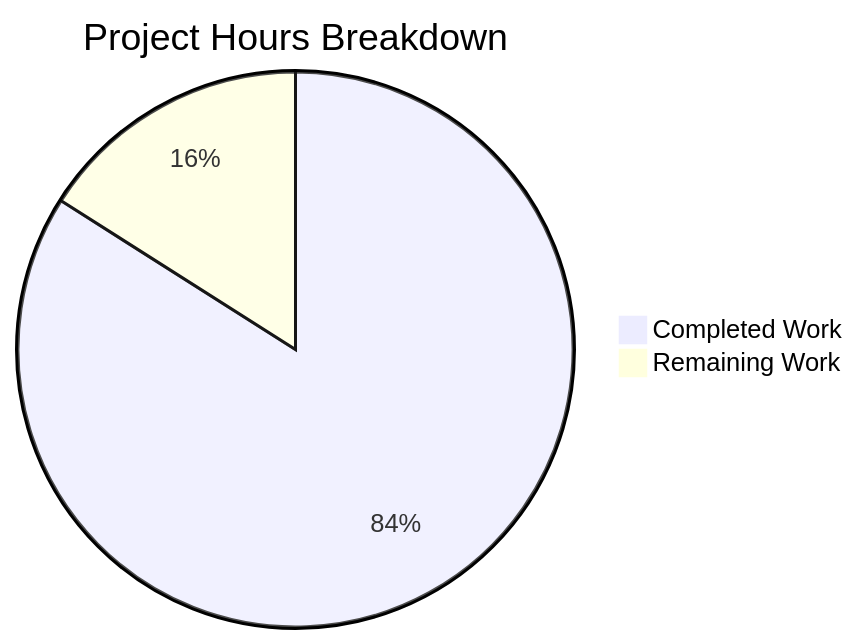
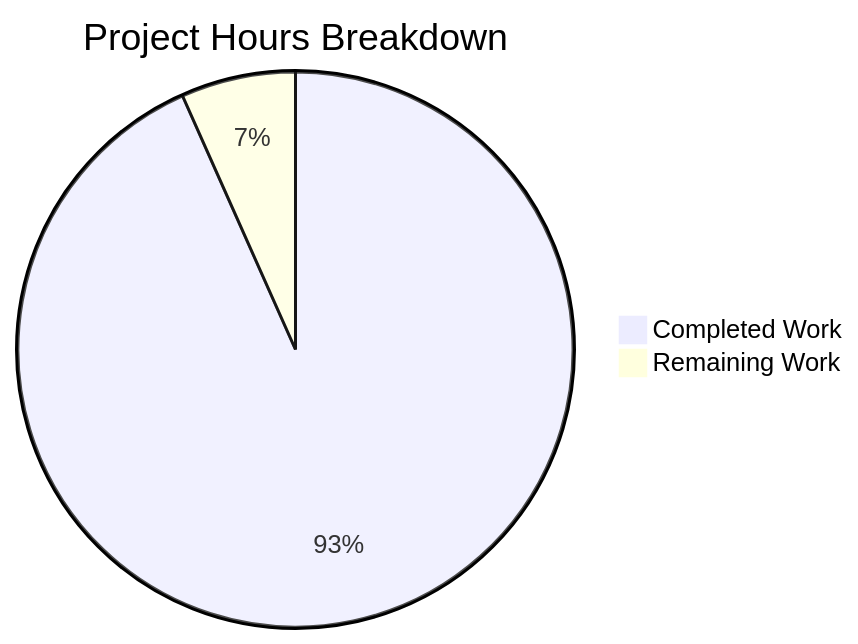
Before and after one commit to Blitzy-Sandbox/blitzy-cal: the second of 4 diagrams in blitzy/documentation/Project Guide.md, drawn with Mermaid. The commit also changed other lines of this file, not shown here.

Commit message:
Adding Blitzy Project Guide: Project Status and Human Tasks Remaining

````diff
--- a/blitzy/documentation/Project Guide.md
+++ b/blitzy/documentation/Project Guide.md
@@ -185,5 +280,5 @@
 ```mermaid
 pie title Project Hours Breakdown
-    "Completed Work" : 42
-    "Remaining Work" : 8
+    "Completed Work" : 70
+    "Remaining Work" : 5
 ```
````
